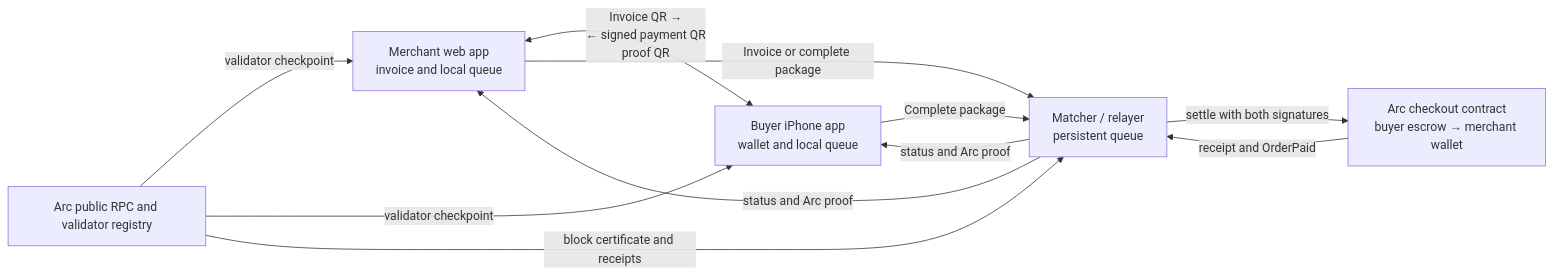
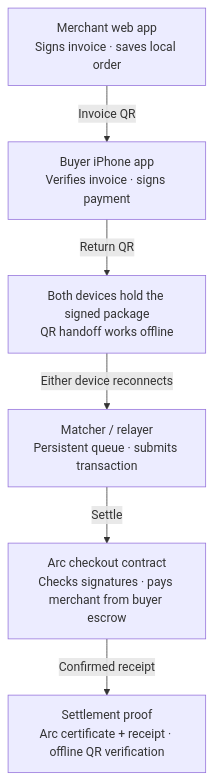
One commit to danolongo/blackout_checkout changed the diagram in README.md. Above: the diagram before and after it, drawn with Mermaid.

Commit message:
Simplify architecture diagram into vertical payment flow

````diff
--- a/README.md
+++ b/README.md
@@ -7,13 +7,15 @@
 ```mermaid
-flowchart LR
-    M[Merchant web app<br/>invoice and local queue] <-->|Invoice QR →<br/>← signed payment QR<br/>proof QR| B[Buyer iPhone app<br/>wallet and local queue]
-    M -->|Invoice or complete package| R[Matcher / relayer<br/>persistent queue]
-    B -->|Complete package| R
-    R -->|settle with both signatures| C[Arc checkout contract<br/>buyer escrow → merchant wallet]
-    C -->|receipt and OrderPaid| R
-    R -->|status and Arc proof| M
-    R -->|status and Arc proof| B
-    A[Arc public RPC and validator registry] -->|validator checkpoint| M
-    A -->|validator checkpoint| B
-    A -->|block certificate and receipts| R
+flowchart TB
+    M["Merchant web app<br/>Signs invoice · saves local order"]
+    B["Buyer iPhone app<br/>Verifies invoice · signs payment"]
+    Q["Both devices hold the signed package<br/>QR handoff works offline"]
+    R["Matcher / relayer<br/>Persistent queue · submits transaction"]
+    C["Arc checkout contract<br/>Checks signatures · pays merchant from buyer escrow"]
+    P["Settlement proof<br/>Arc certificate + receipt · offline QR verification"]
+
+    M -->|Invoice QR| B
+    B -->|Return QR| Q
+    Q -->|Either device reconnects| R
+    R -->|Settle| C
+    C -->|Confirmed receipt| P
 ```
````
